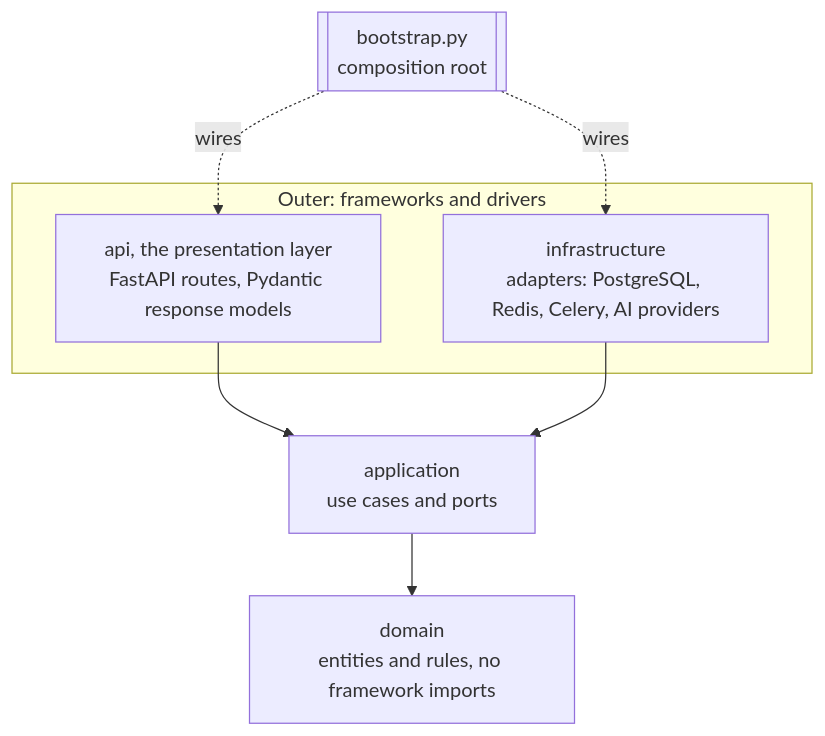
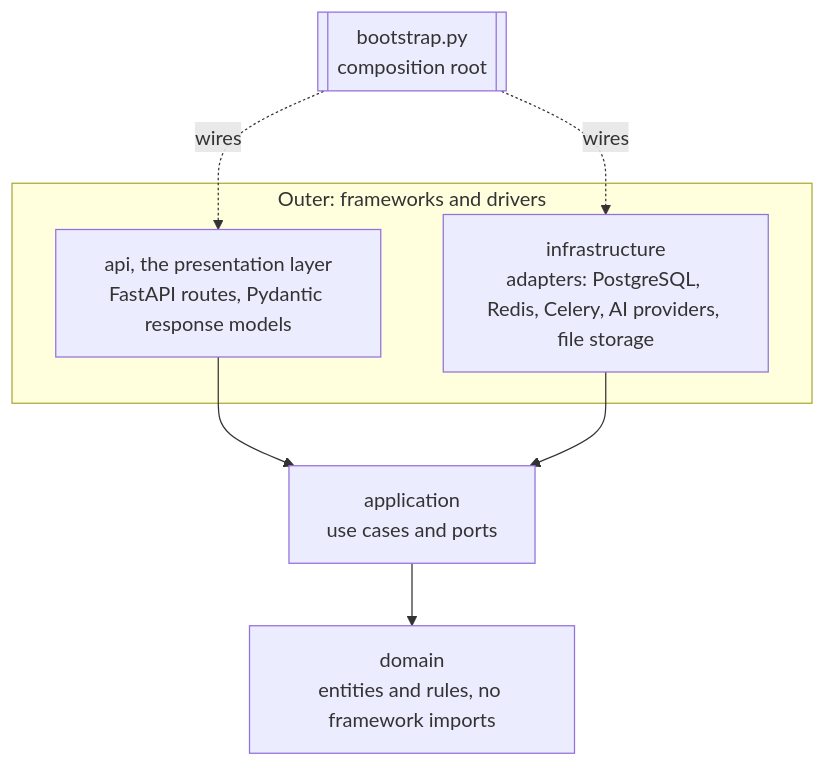
One commit to arbadev/ballasttasks changed the second of 4 diagrams in docs/architecture.md. Above: the diagram before and after it, drawn with Mermaid. The commit also changed other lines of this file and 2 other files, not shown here.

Commit message:
no-mistakes(document): document task attachments in README, AGENTS and architecture

````diff
--- a/docs/architecture.md
+++ b/docs/architecture.md
@@ -32,16 +32,16 @@
 ```mermaid
 flowchart TB
     subgraph outer [Outer: frameworks and drivers]
         presentation[api, the presentation layer<br/>FastAPI routes, Pydantic response models]
-        infrastructure[infrastructure<br/>adapters: PostgreSQL, Redis, Celery, AI providers]
+        infrastructure[infrastructure<br/>adapters: PostgreSQL, Redis, Celery, AI providers, file storage]
     end
     application[application<br/>use cases and ports]
     domain[domain<br/>entities and rules, no framework imports]
     bootstrap[[bootstrap.py<br/>composition root]]
 
     presentation --> application
     infrastructure --> application
     application --> domain
     bootstrap -.wires.-> presentation
     bootstrap -.wires.-> infrastructure
 ```
````
